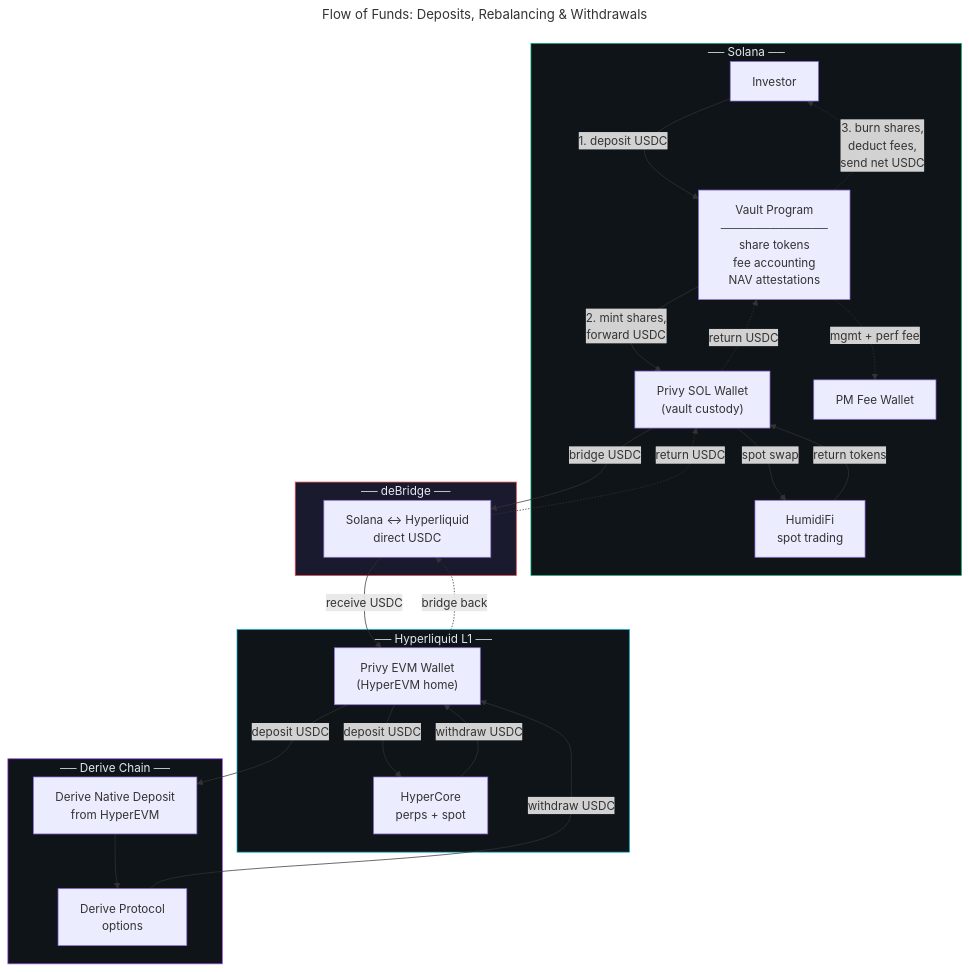
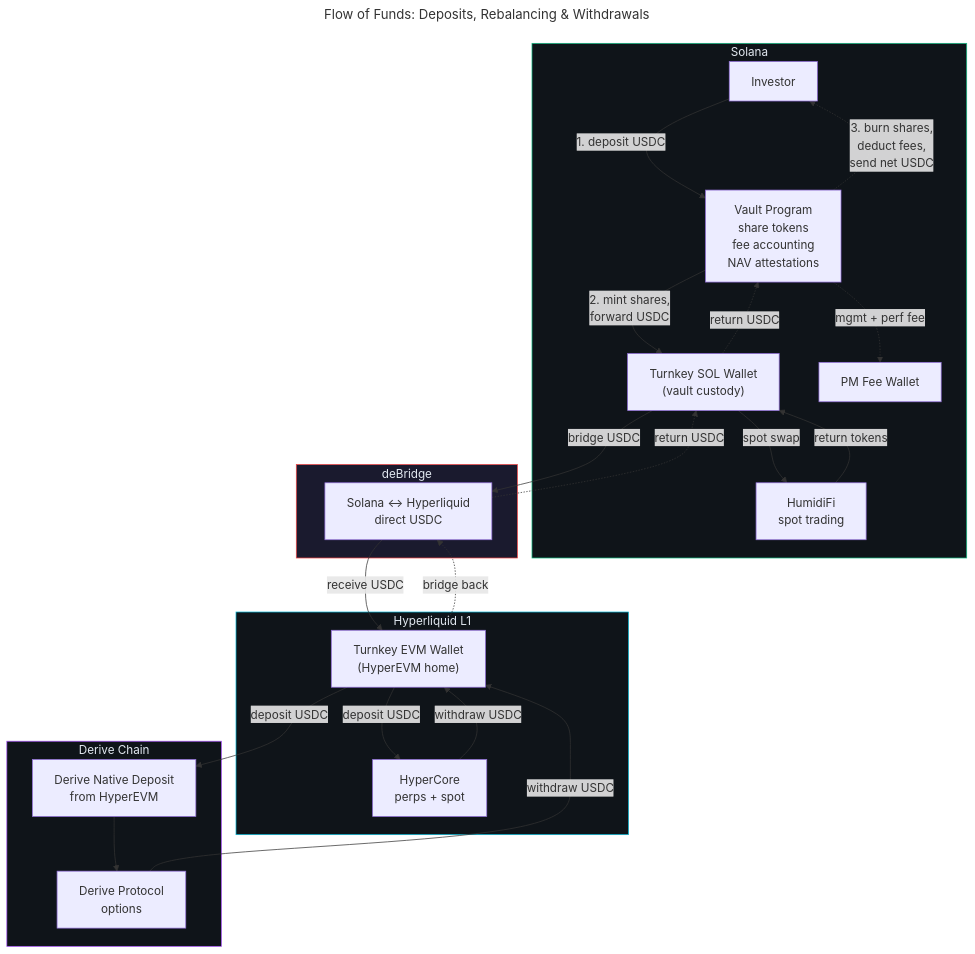
One commit to dataclique/moneymentum changed the second of 2 diagrams in SPEC.md. Above: the diagram before and after it, drawn with Mermaid. The commit also changed other lines of this file and 5 other files, not shown here.

Commit message:
docs: update project docs for current architecture

````diff
--- a/SPEC.md
+++ b/SPEC.md
@@ -133,60 +140,60 @@
 ```mermaid
 ---
 title: "Flow of Funds: Deposits, Rebalancing & Withdrawals"
 ---
 graph TB
-    subgraph Solana["── Solana ──"]
+    subgraph Solana["Solana"]
         Investor["Investor"]
-        Vault["Vault Program<br/>─────────────<br/>share tokens<br/>fee accounting<br/>NAV attestations"]
-        SOLWallet["Privy SOL Wallet<br/>(vault custody)"]
+        Vault["Vault Program<br/>share tokens<br/>fee accounting<br/>NAV attestations"]
+        SOLWallet["Turnkey SOL Wallet<br/>(vault custody)"]
         HumidiFi["HumidiFi<br/>spot trading"]
         PMFee["PM Fee Wallet"]
 
         Investor -- "1. deposit USDC" --> Vault
         Vault -- "2. mint shares,<br/>forward USDC" --> SOLWallet
         SOLWallet -- "spot swap" --> HumidiFi
         HumidiFi -- "return tokens" --> SOLWallet
 
         %% Withdrawal return
         SOLWallet -. "return USDC" .-> Vault
         Vault -. "3. burn shares,<br/>deduct fees,<br/>send net USDC" .-> Investor
         Vault -. "mgmt + perf fee" .-> PMFee
     end
 
-    subgraph Bridge["── deBridge ──"]
-        deBridge["Solana ↔ Hyperliquid<br/>direct USDC"]
+    subgraph Bridge["deBridge"]
+        deBridge["Solana <-> Hyperliquid<br/>direct USDC"]
     end
 
-    subgraph Hyperliquid["── Hyperliquid L1 ──"]
-        EVMWallet["Privy EVM Wallet<br/>(HyperEVM home)"]
+    subgraph Hyperliquid["Hyperliquid L1"]
+        EVMWallet["Turnkey EVM Wallet<br/>(HyperEVM home)"]
         HyperCore["HyperCore<br/>perps + spot"]
 
         EVMWallet -- "deposit USDC" --> HyperCore
         HyperCore -- "withdraw USDC" --> EVMWallet
     end
 
-    subgraph DeriveChain["── Derive Chain ──"]
+    subgraph DeriveChain["Derive Chain"]
         DeriveDeposit["Derive Native Deposit<br/>from HyperEVM"]
         DeriveProtocol["Derive Protocol<br/>options"]
 
         DeriveDeposit --> DeriveProtocol
     end
 
     %% Cross-chain: Solana to Hyperliquid
     SOLWallet -- "bridge USDC" --> deBridge
     deBridge -- "receive USDC" --> EVMWallet
 
     %% Cross-chain: Hyperliquid to Derive
     EVMWallet -- "deposit USDC" --> DeriveDeposit
     DeriveProtocol -- "withdraw USDC" --> EVMWallet
 
     %% Withdrawal: bridge back
     EVMWallet -. "bridge back" .-> deBridge
     deBridge -. "return USDC" .-> SOLWallet
 
     %% Styles
     style Solana fill:#0f1419,stroke:#10b981,color:#e2e8f0
     style Hyperliquid fill:#0f1419,stroke:#06b6d4,color:#e2e8f0
     style DeriveChain fill:#0f1419,stroke:#a855f7,color:#e2e8f0
     style Bridge fill:#1a1a2e,stroke:#ef4444,color:#e2e8f0
 ```
````
